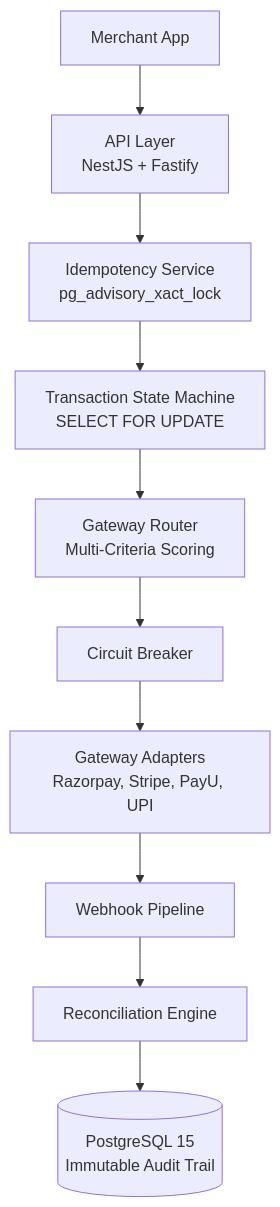
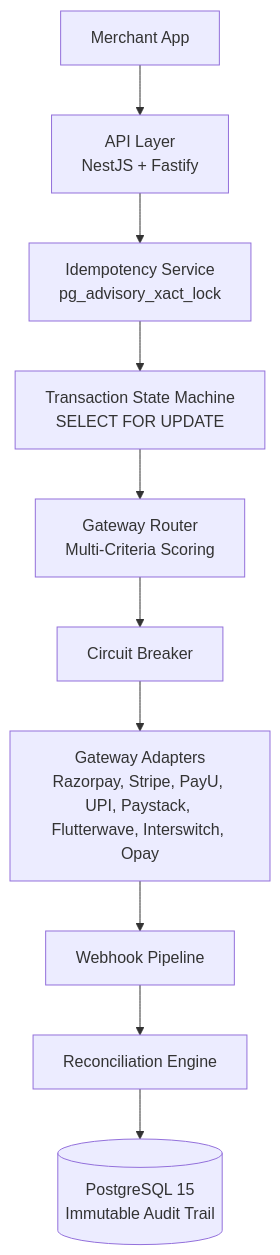
One commit to Ukashatu40/payment-orchestration-engine changed the diagram in README.md. Above: the diagram before and after it, drawn with Mermaid. The commit also changed other lines of this file and 5 other files, not shown here.

````diff
--- a/README.md
+++ b/README.md
@@ -59,24 +80,24 @@
 ```mermaid
 flowchart TD
 
     A[Merchant App]
     B[API Layer<br/>NestJS + Fastify]
     C[Idempotency Service<br/>pg_advisory_xact_lock]
     D[Transaction State Machine<br/>SELECT FOR UPDATE]
     E[Gateway Router<br/>Multi-Criteria Scoring]
     F[Circuit Breaker]
-    G[Gateway Adapters<br/>Razorpay, Stripe, PayU, UPI]
+    G[Gateway Adapters<br/>Razorpay, Stripe, PayU, UPI, Paystack, Flutterwave, Interswitch, Opay]
     H[Webhook Pipeline]
     I[Reconciliation Engine]
     J[(PostgreSQL 15<br/>Immutable Audit Trail)]
 
     A --> B
     B --> C
     C --> D
     D --> E
     E --> F
     F --> G
     G --> H
     H --> I
     I --> J
 ```
````
